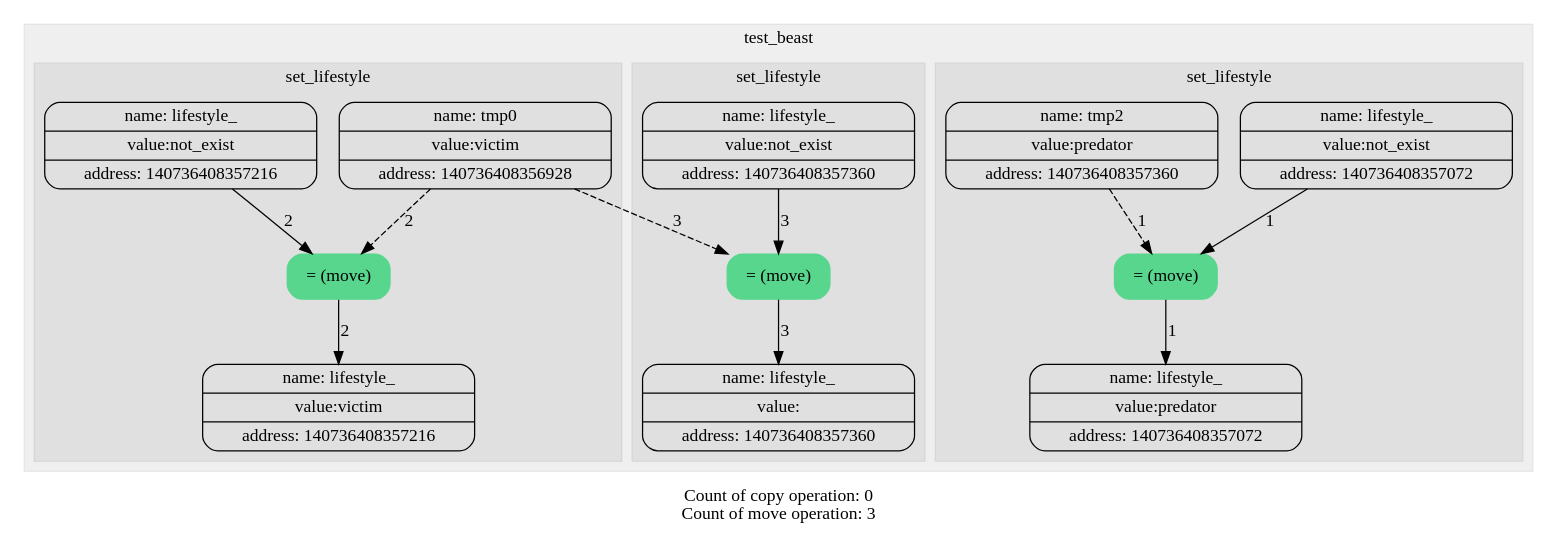
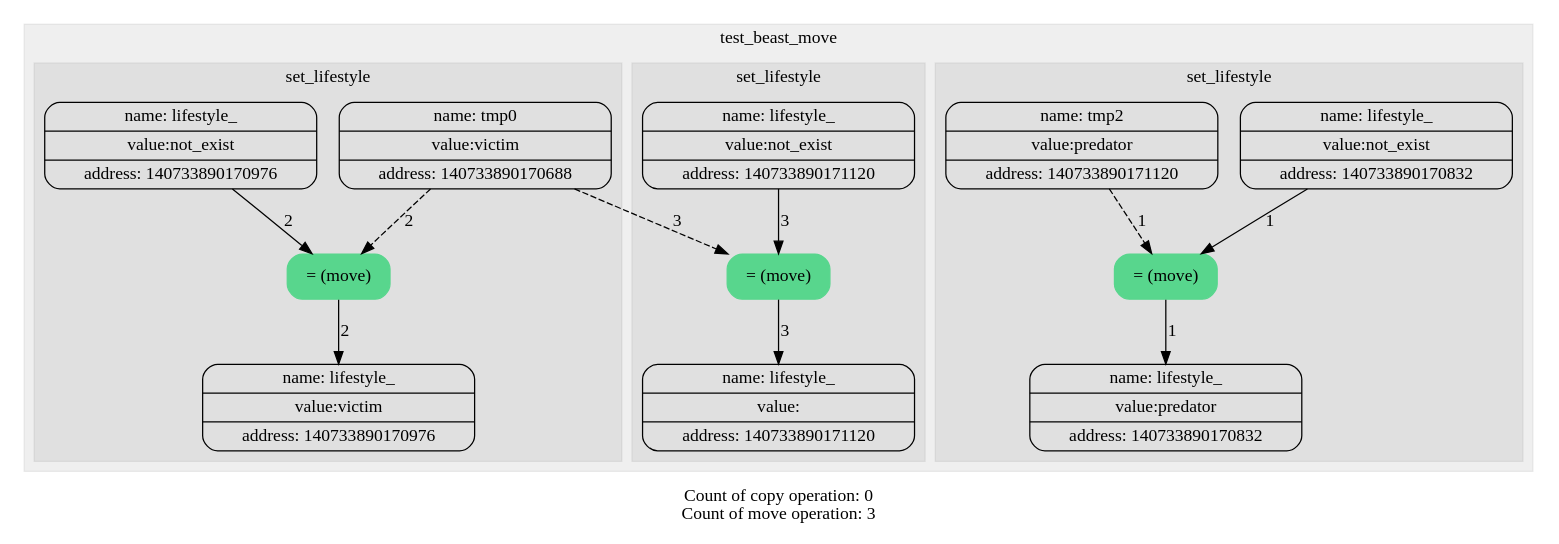
The diagram in diagrams/move_beast.dot (levasemin/Move_Semantic), drawn with Graphviz before and after one commit. The commit also changed 37 other files, not shown here.

```diff
--- a/diagrams/move_beast.dot
+++ b/diagrams/move_beast.dot
@@ -1,49 +1,49 @@
 digraph G{
 trankdir=HR;
 node[shape=Mrecord];
 
 subgraph "cluster_0" {
-label = test_beast;
+label = test_beast_move;
 style= filled
 color = "#00000010";
-1[label="{ {name: tmp0} | {value:victim} | {address: 140736408356928}} " color=""style=""];
-2[label="{ {name: tmp1} | {value:not_exist} | {address: 140736408357072}} " color=""style=""];
-2[label="{ {name: lifestyle_} | {value:not_exist} | {address: 140736408357072}} " color=""style=""];
-3[label="{ {name: tmp2} | {value:predator} | {address: 140736408357360}} " color=""style=""];
+1[label="{ {name: tmp0} | {value:victim} | {address: 140733890170688}} " color=""style=""];
+2[label="{ {name: tmp1} | {value:not_exist} | {address: 140733890170832}} " color=""style=""];
+2[label="{ {name: lifestyle_} | {value:not_exist} | {address: 140733890170832}} " color=""style=""];
+3[label="{ {name: tmp2} | {value:predator} | {address: 140733890171120}} " color=""style=""];
 subgraph "cluster_1" {
 label = set_lifestyle;
 style= filled
 color = "#00000010";
 4[label="= (move)" color = "#58D68D" style = "filled"];
 edge[style = "" color = ""label = "1"]2->4;
 edge[style = "dashed" color = ""label = "1"]3->4;
-5[label="{ {name: lifestyle_} | {value:predator} | {address: 140736408357072}} " color=""style=""];
+5[label="{ {name: lifestyle_} | {value:predator} | {address: 140733890170832}} " color=""style=""];
 edge[style = "" color = ""label = "1"]4->5;
 }
-6[label="{ {name: tmp3} | {value:not_exist} | {address: 140736408357216}} " color=""style=""];
-6[label="{ {name: lifestyle_} | {value:not_exist} | {address: 140736408357216}} " color=""style=""];
+6[label="{ {name: tmp3} | {value:not_exist} | {address: 140733890170976}} " color=""style=""];
+6[label="{ {name: lifestyle_} | {value:not_exist} | {address: 140733890170976}} " color=""style=""];
 subgraph "cluster_2" {
 label = set_lifestyle;
 style= filled
 color = "#00000010";
 7[label="= (move)" color = "#58D68D" style = "filled"];
 edge[style = "" color = ""label = "2"]6->7;
 edge[style = "dashed" color = ""label = "2"]1->7;
-8[label="{ {name: lifestyle_} | {value:victim} | {address: 140736408357216}} " color=""style=""];
+8[label="{ {name: lifestyle_} | {value:victim} | {address: 140733890170976}} " color=""style=""];
 edge[style = "" color = ""label = "2"]7->8;
 }
-9[label="{ {name: tmp4} | {value:not_exist} | {address: 140736408357360}} " color=""style=""];
-9[label="{ {name: lifestyle_} | {value:not_exist} | {address: 140736408357360}} " color=""style=""];
+9[label="{ {name: tmp4} | {value:not_exist} | {address: 140733890171120}} " color=""style=""];
+9[label="{ {name: lifestyle_} | {value:not_exist} | {address: 140733890171120}} " color=""style=""];
 subgraph "cluster_3" {
 label = set_lifestyle;
 style= filled
 color = "#00000010";
 10[label="= (move)" color = "#58D68D" style = "filled"];
 edge[style = "" color = ""label = "3"]9->10;
 edge[style = "dashed" color = ""label = "3"]1->10;
-11[label="{ {name: lifestyle_} | {value:} | {address: 140736408357360}} " color=""style=""];
+11[label="{ {name: lifestyle_} | {value:} | {address: 140733890171120}} " color=""style=""];
 edge[style = "" color = ""label = "3"]10->11;
 }
 }
 label="Count of copy operation: 0
 Count of move operation: 3"}
```
